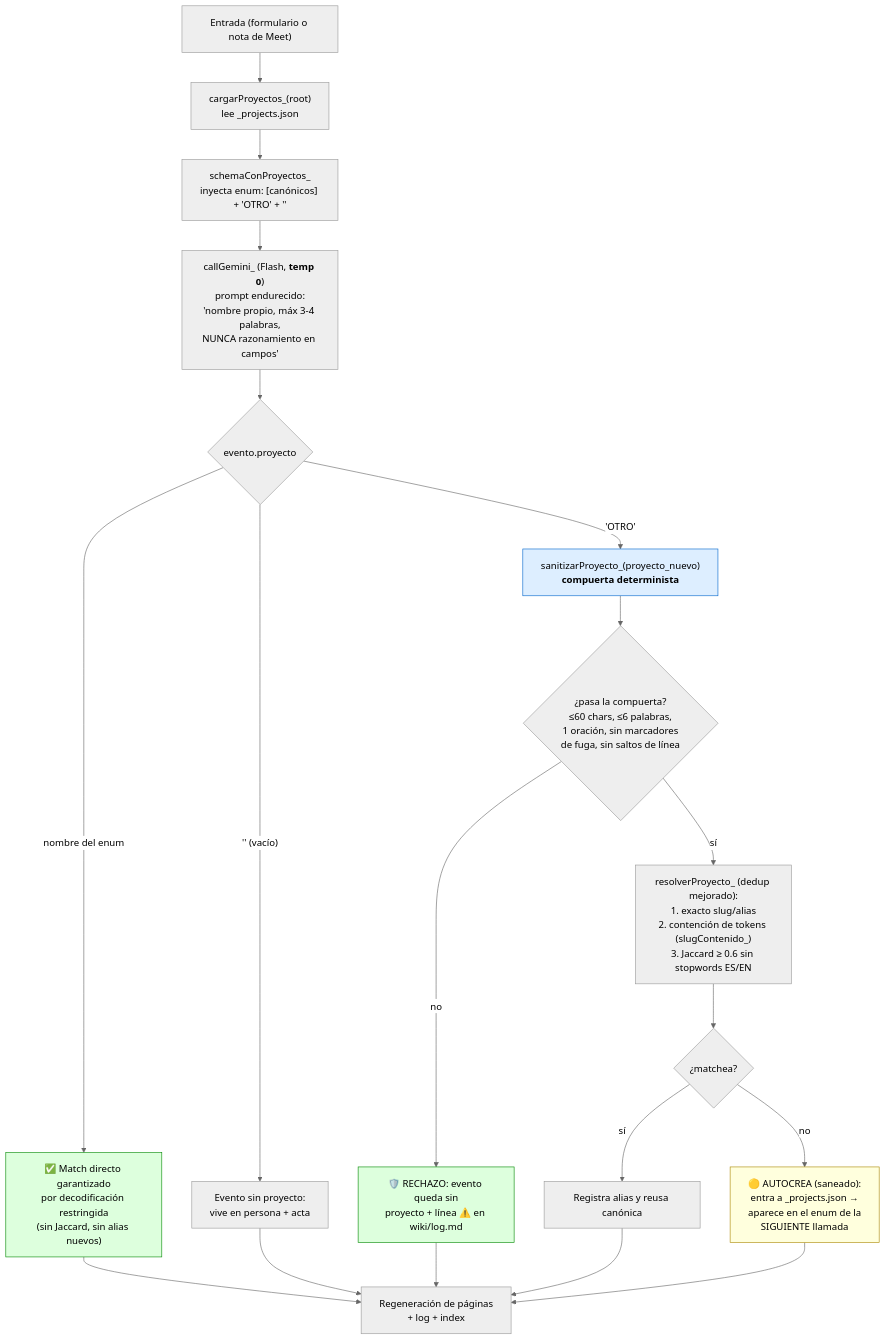
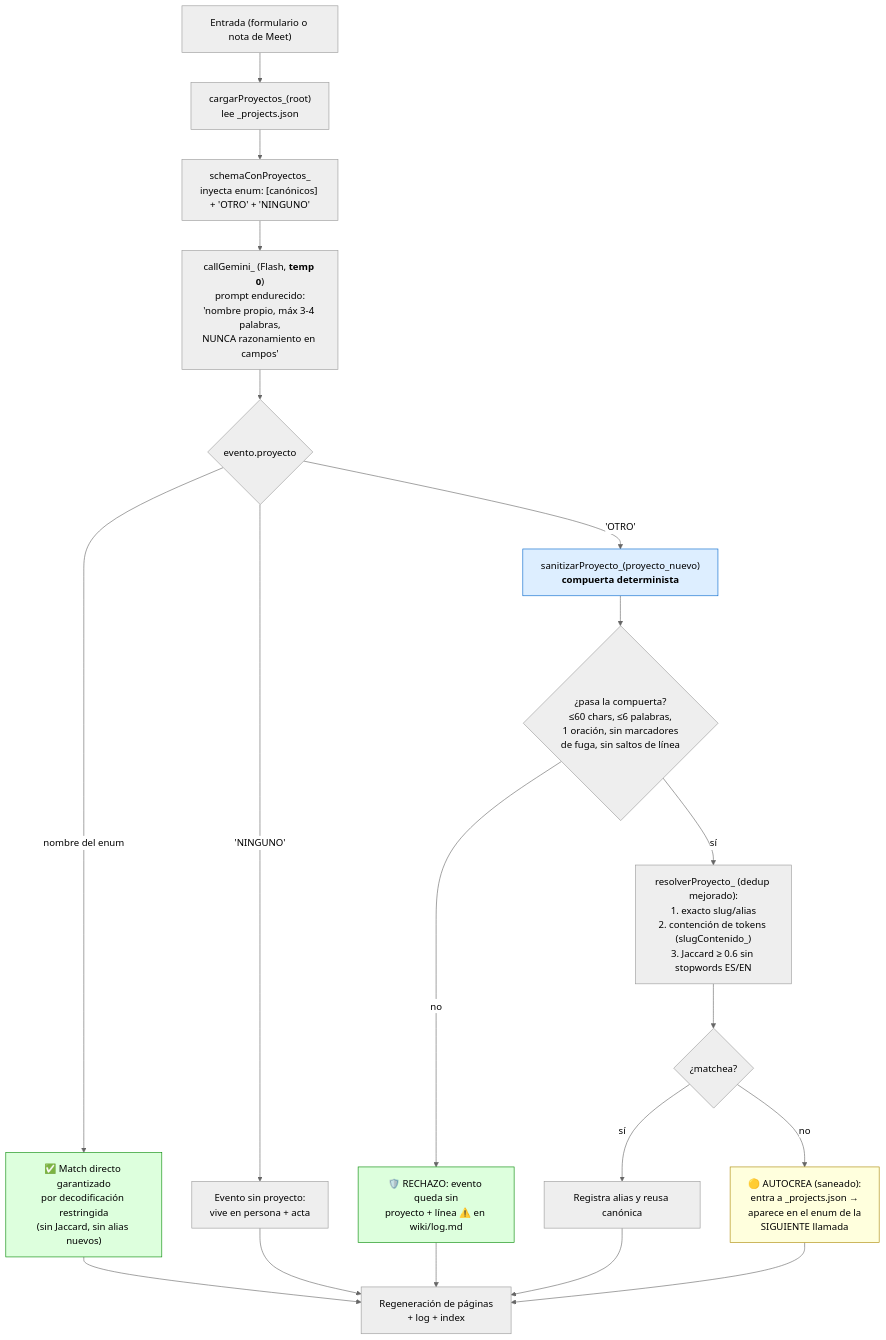
One commit to JosephRobles23/CoS-Vera---Xertica-AI-Builder changed the second of 4 diagrams in Docs/enum-proyectos-flujo.md. Above: the diagram before and after it, drawn with Mermaid (neutral theme). The commit also changed other lines of this file and 9 other files, not shown here.

````diff
--- a/Docs/enum-proyectos-flujo.md
+++ b/Docs/enum-proyectos-flujo.md
@@ -107,30 +109,30 @@
 ```mermaid
 flowchart TD
     A["Entrada (formulario o nota de Meet)"] --> B["cargarProyectos_(root)<br/>lee _projects.json"]
-    B --> C["schemaConProyectos_<br/>inyecta enum: [canónicos] + 'OTRO' + ''"]
+    B --> C["schemaConProyectos_<br/>inyecta enum: [canónicos] + 'OTRO' + 'NINGUNO'"]
     C --> D["callGemini_ (Flash, <b>temp 0</b>)<br/>prompt endurecido:<br/>'nombre propio, máx 3-4 palabras,<br/>NUNCA razonamiento en campos'"]
 
     D --> E{"evento.proyecto"}
     E -- "nombre del enum" --> F["✅ Match directo garantizado<br/>por decodificación restringida<br/>(sin Jaccard, sin alias nuevos)"]
-    E -- "'' (vacío)" --> G["Evento sin proyecto:<br/>vive en persona + acta"]
+    E -- "'NINGUNO'" --> G["Evento sin proyecto:<br/>vive en persona + acta"]
     E -- "'OTRO'" --> H["sanitizarProyecto_(proyecto_nuevo)<br/><b>compuerta determinista</b>"]
 
     H --> I{"¿pasa la compuerta?<br/>≤60 chars, ≤6 palabras,<br/>1 oración, sin marcadores<br/>de fuga, sin saltos de línea"}
     I -- no --> J["🛡️ RECHAZO: evento queda sin<br/>proyecto + línea ⚠️ en wiki/log.md"]
     I -- sí --> K["resolverProyecto_ (dedup mejorado):<br/>1. exacto slug/alias<br/>2. contención de tokens (slugContenido_)<br/>3. Jaccard ≥ 0.6 sin stopwords ES/EN"]
 
     K --> L{"¿matchea?"}
     L -- sí --> M["Registra alias y reusa canónica"]
     L -- no --> N["🟡 AUTOCREA (saneado):<br/>entra a _projects.json →<br/>aparece en el enum de la<br/>SIGUIENTE llamada"]
 
     F --> O["Regeneración de páginas<br/>+ log + index"]
     G --> O
     J --> O
     M --> O
     N --> O
 
     style F fill:#dfd,stroke:#080
     style J fill:#dfd,stroke:#080
     style N fill:#ffd,stroke:#a80
     style H fill:#def,stroke:#06c
 ```
````
